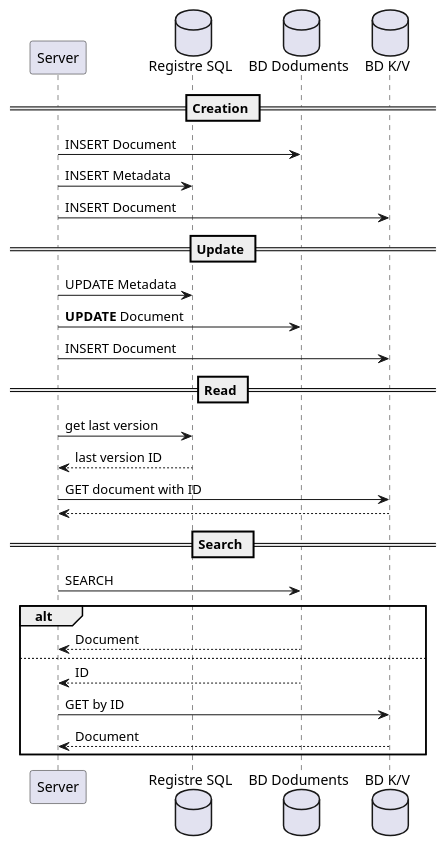
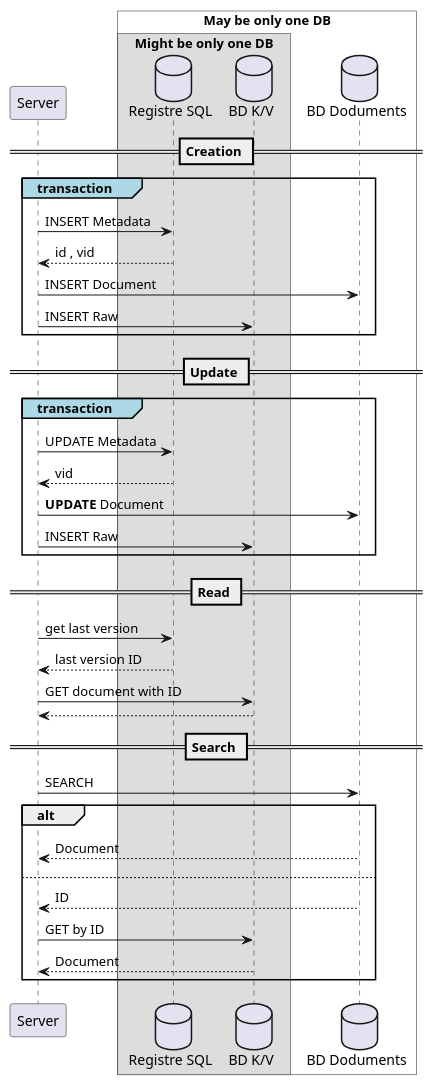
Before and after one commit to Djibz/PFE: the fifth of 8 diagrams in BDD/Architectures.md, drawn with PlantUML. The commit also changed other lines of this file and 27 other files, not shown here.

````diff
--- a/BDD/Architectures.md
+++ b/BDD/Architectures.md
@@ -136,30 +136,44 @@
 ```plantuml
 @startuml
+!pragma teoz true
 participant Server
+box "May be only one DB" #White
+box "Might be only one DB"
 database "Registre SQL" as registre
+database "BD K/V" as kv
+endbox
 database "BD Doduments" as nosql
-database "BD K/V" as kv
+end box
+
 == Creation ==
-Server -> nosql: INSERT Document
-Server -> registre: INSERT Metadata
-Server -> kv: INSERT Document
+group#lightblue transaction
+	Server -> registre: INSERT Metadata
+	return id , vid
+	Server -> nosql: INSERT Document
+	Server -> kv: INSERT Raw
+end
+
 == Update ==
+group#lightblue transaction
 Server -> registre: UPDATE Metadata
+return vid
 Server -> nosql: **UPDATE** Document
-Server -> kv: INSERT Document
+Server -> kv: INSERT Raw
+end
+
 == Read ==
 Server -> registre: get last version
 registre --> Server: last version ID
 Server -> kv: GET document with ID
 kv --> Server
 == Search ==
 Server -> nosql: SEARCH
 alt
     nosql --> Server: Document
 else
     nosql --> Server: ID
     Server -> kv: GET by ID
     kv --> Server: Document
 end
 @enduml
 ```
````
